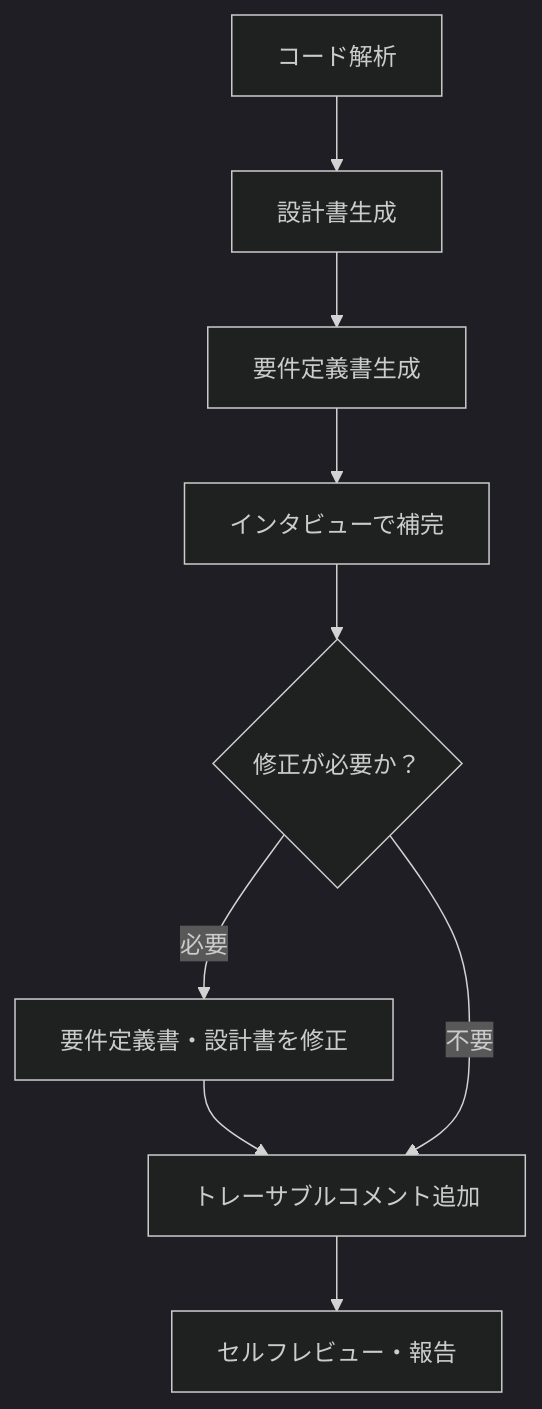
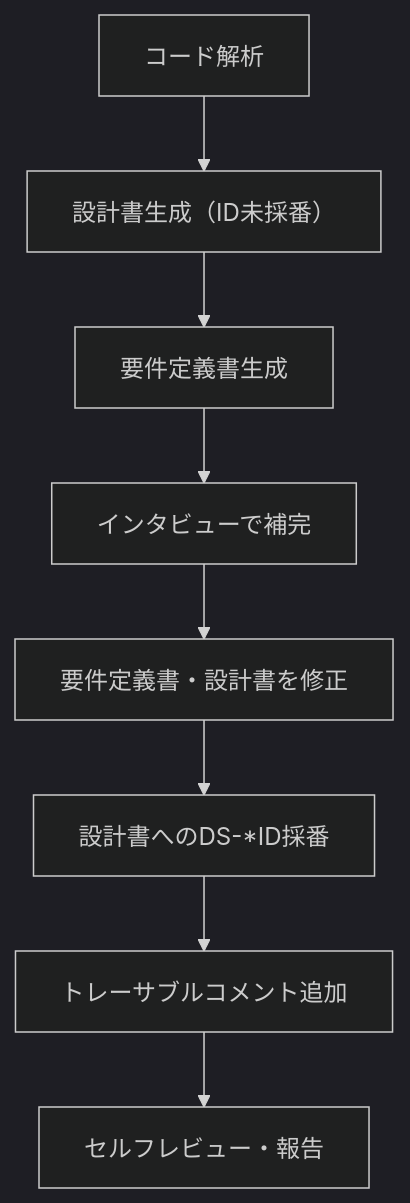
Before and after one commit to notfolder/isdd: the diagram in .claude/skills/isdd-reverse-engineering/SKILL.md, drawn with Mermaid (dark theme). The commit also changed other lines of this file and 5 other files, not shown here.

````diff
--- a/.claude/skills/isdd-reverse-engineering/SKILL.md
+++ b/.claude/skills/isdd-reverse-engineering/SKILL.md
@@ -32,11 +32,10 @@
 ```mermaid
 graph TD
-    A[コード解析] --> B[設計書生成]
+    A[コード解析] --> B[設計書生成（ID未採番）]
     B --> C[要件定義書生成]
     C --> D[インタビューで補完]
-    D --> E{修正が必要か？}
-    E -->|必要| F[要件定義書・設計書を修正]
+    D --> E[要件定義書・設計書を修正]
+    E --> F[設計書へのDS-*ID採番]
     F --> G[トレーサブルコメント追加]
-    E -->|不要| G
     G --> H[セルフレビュー・報告]
 ```
````
